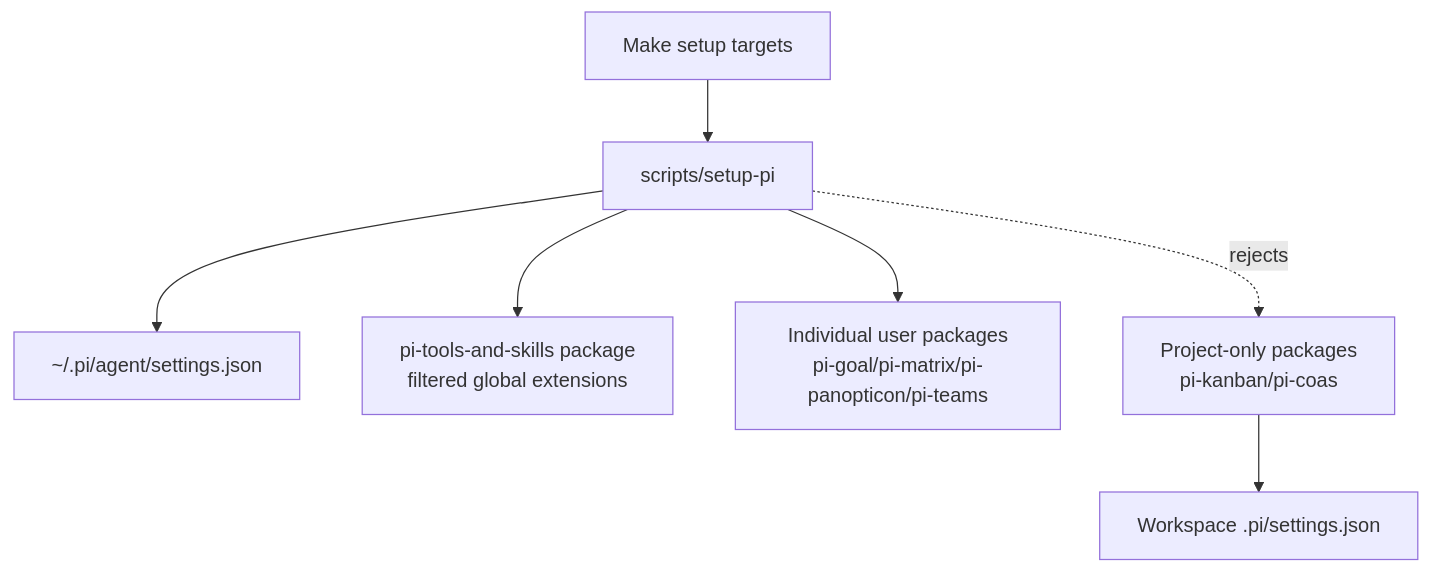
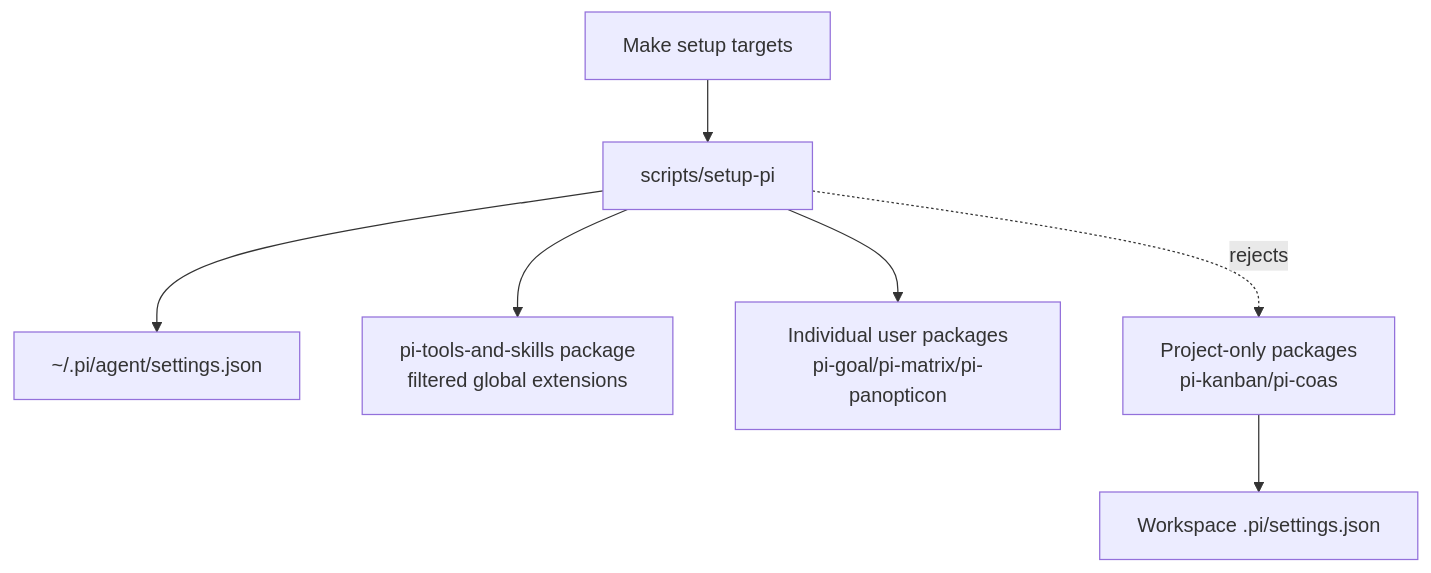
Before and after one commit to tS7hKamAYL84j91/pi-tools-and-skills: the first of 12 diagrams in docs/architecture.md, drawn with Mermaid. The commit also changed other lines of this file and 205 other files, not shown here.

````diff
--- a/docs/architecture.md
+++ b/docs/architecture.md
@@ -56,9 +55,9 @@
 ```mermaid
 flowchart TD
   Make[Make setup targets] --> Setup[scripts/setup-pi]
   Setup --> Settings[~/.pi/agent/settings.json]
   Setup --> RootPackage[pi-tools-and-skills package\nfiltered global extensions]
-  Setup --> UserPackage[Individual user packages\npi-goal/pi-matrix/pi-panopticon/pi-teams]
+  Setup --> UserPackage[Individual user packages\npi-goal/pi-matrix/pi-panopticon]
   Setup -. rejects .-> ProjectOnly[Project-only packages\npi-kanban/pi-coas]
   ProjectOnly --> Workspace[Workspace .pi/settings.json]
 ```
````
